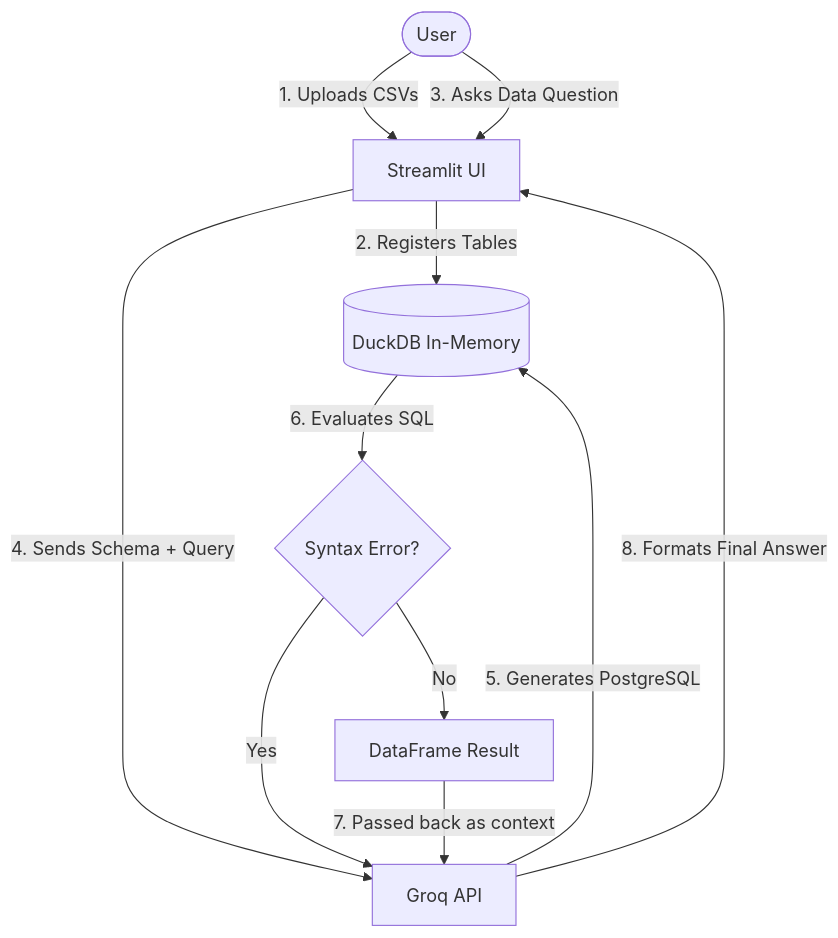
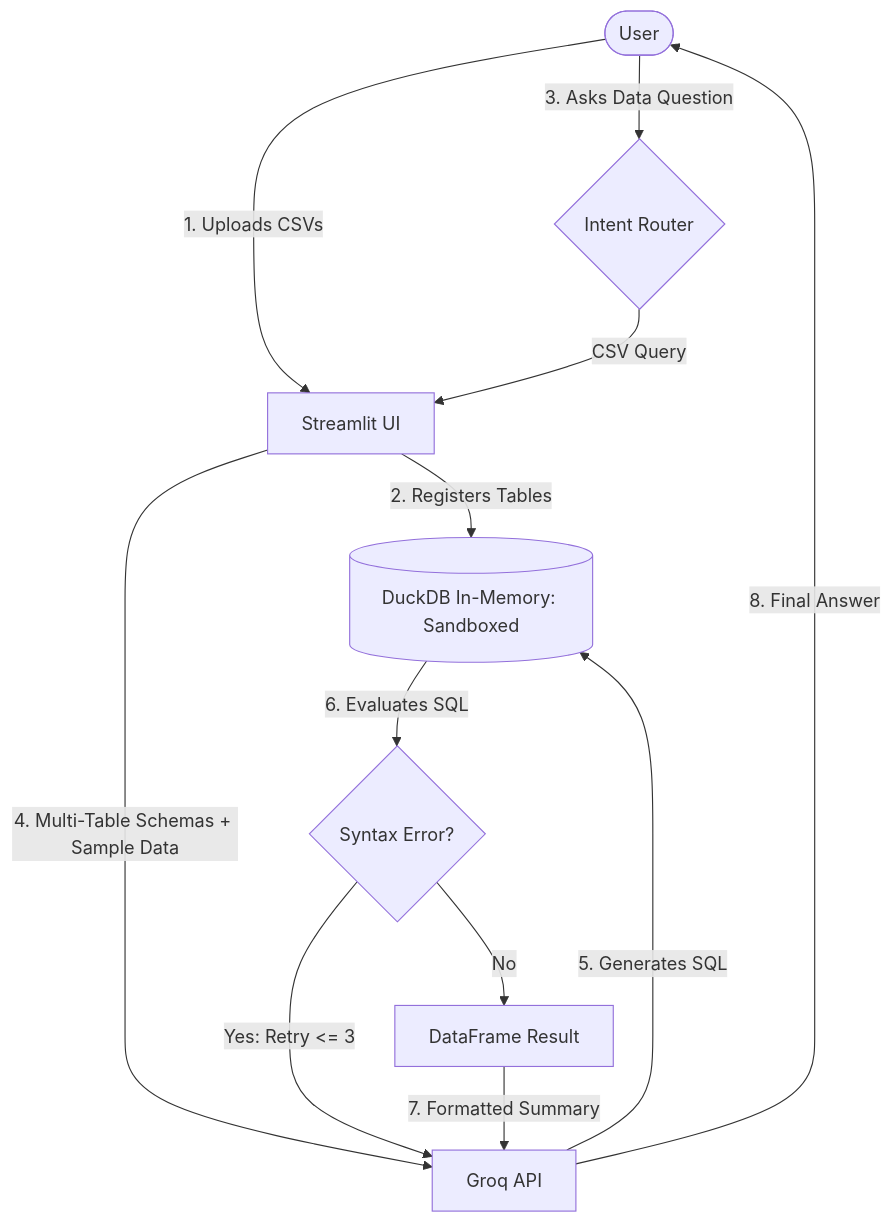
The second of 2 diagrams in README.md (harshbhanushali26/hArI), drawn with Mermaid before and after one commit. The commit also changed other lines of this file and 15 other files, not shown here.

````diff
--- a/README.md
+++ b/README.md
@@ -58,17 +60,17 @@
 ```mermaid
 graph TD
     User([User]) -->|1. Uploads CSVs| App[Streamlit UI]
-    App -->|2. Registers Tables| DuckDB[(DuckDB In-Memory)]
+    App -->|2. Registers Tables| DuckDB[(DuckDB In-Memory: Sandboxed)]
     
-    User -->|3. Asks Data Question| App
-    App -->|4. Sends Schema + Query| LLM[Groq API]
+    User -->|3. Asks Data Question| IntentRouter{Intent Router}
+    IntentRouter -->|CSV Query| App
+    App -->|4. Multi-Table Schemas + Sample Data| LLM[Groq API]
     
-    LLM -->|5. Generates PostgreSQL| DuckDB
-    
+    LLM -->|5. Generates SQL| DuckDB
     DuckDB -->|6. Evaluates SQL| ErrorCheck{Syntax Error?}
-    ErrorCheck -->|Yes| LLM
+    ErrorCheck -->|Yes: Retry <= 3| LLM
     ErrorCheck -->|No| Result[DataFrame Result]
     
-    Result -->|7. Passed back as context| LLM
-    LLM -->|8. Formats Final Answer| App
+    Result -->|7. Formatted Summary| LLM
+    LLM -->|8. Final Answer| User
 ```
````
